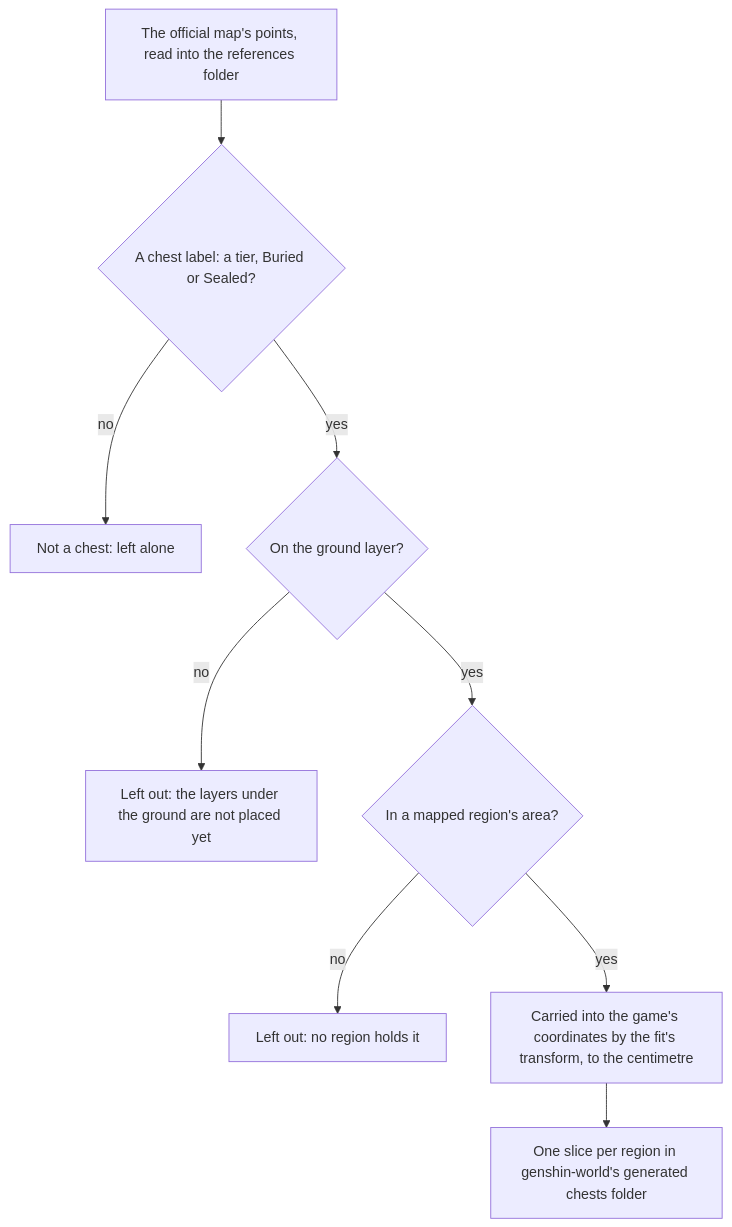
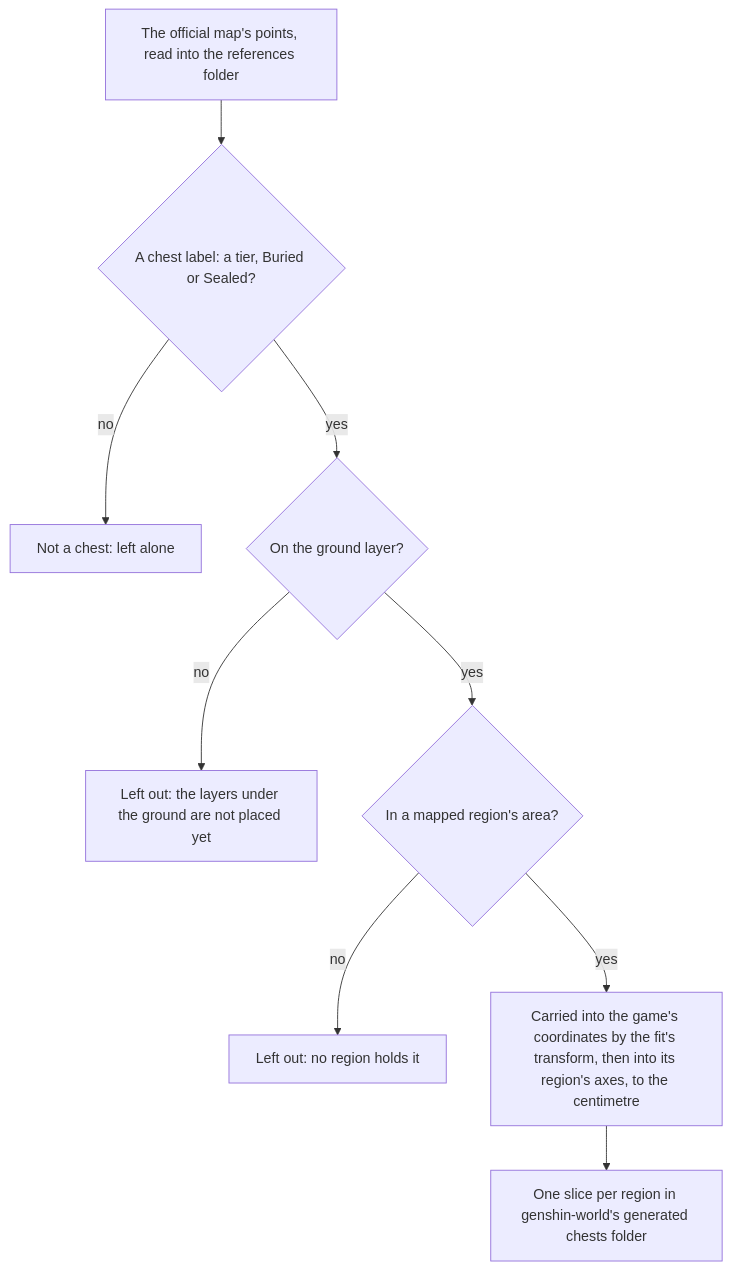
One commit to Esposter/Esposter changed the diagram in apps/web/content/docs/genshin/chests.md. Above: the diagram before and after it, drawn with Mermaid. The commit also changed other lines of this file and 50 other files, not shown here.

First line of the commit message:
fix(genshin-assets): every map-point writer carries its places into the region's axes round the Windrise origin, inside placeMapPoints

````diff
--- a/apps/web/content/docs/genshin/chests.md
+++ b/apps/web/content/docs/genshin/chests.md
@@ -12,11 +12,11 @@
 ```mermaid
 flowchart TD
   P["The official map's points, read into the references folder"] --> K{"A chest label: a tier, Buried or Sealed?"}
   K -->|"no"| SKIP["Not a chest: left alone"]
   K -->|"yes"| L{"On the ground layer?"}
   L -->|"no"| UG["Left out: the layers under the ground are not placed yet"]
   L -->|"yes"| A{"In a mapped region's area?"}
   A -->|"no"| UM["Left out: no region holds it"]
-  A -->|"yes"| T["Carried into the game's coordinates by the fit's transform, to the centimetre"]
+  A -->|"yes"| T["Carried into the game's coordinates by the fit's transform, then into its region's axes, to the centimetre"]
   T --> S["One slice per region in genshin-world's generated chests folder"]
 ```
````
